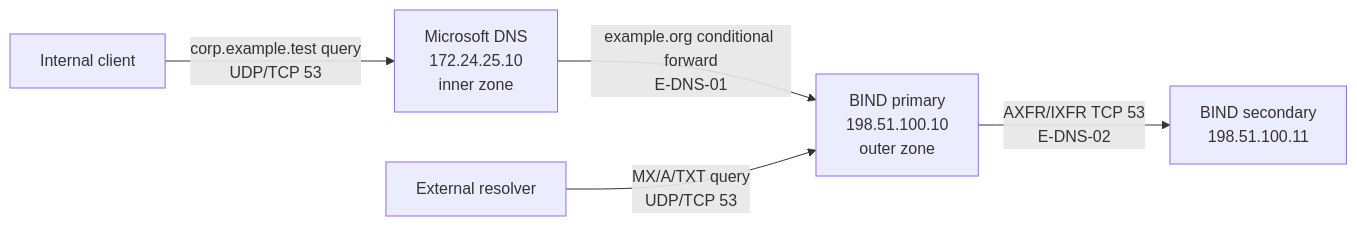
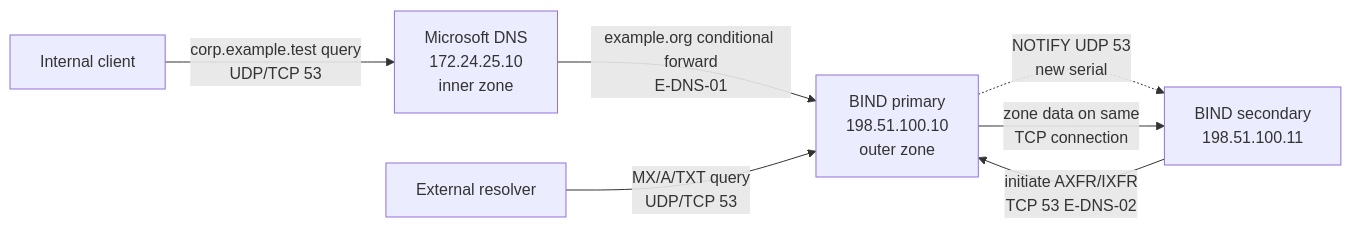
Before and after one commit to RJMoral160/cybersecurity-portfolio: the first of 2 diagrams in projects/enterprise-email-dns-security/diagrams/dns-flow.md, drawn with Mermaid. The commit also changed 62 other files, not shown here.

````diff
--- a/projects/enterprise-email-dns-security/diagrams/dns-flow.md
+++ b/projects/enterprise-email-dns-security/diagrams/dns-flow.md
@@ -5,7 +5,9 @@
 ```mermaid
 flowchart LR
   Client["Internal client"] -->|"corp.example.test query<br/>UDP/TCP 53"| MS["Microsoft DNS<br/>172.24.25.10<br/>inner zone"]
   MS -->|"example.org conditional forward<br/>E-DNS-01"| B1["BIND primary<br/>198.51.100.10<br/>outer zone"]
-  B1 -->|"AXFR/IXFR TCP 53<br/>E-DNS-02"| B2["BIND secondary<br/>198.51.100.11"]
+  B1 -.->|"NOTIFY UDP 53<br/>new serial"| B2["BIND secondary<br/>198.51.100.11"]
+  B2 -->|"initiate AXFR/IXFR<br/>TCP 53 E-DNS-02"| B1
+  B1 -->|"zone data on same<br/>TCP connection"| B2
   Ext["External resolver"] -->|"MX/A/TXT query<br/>UDP/TCP 53"| B1
 ```
````
